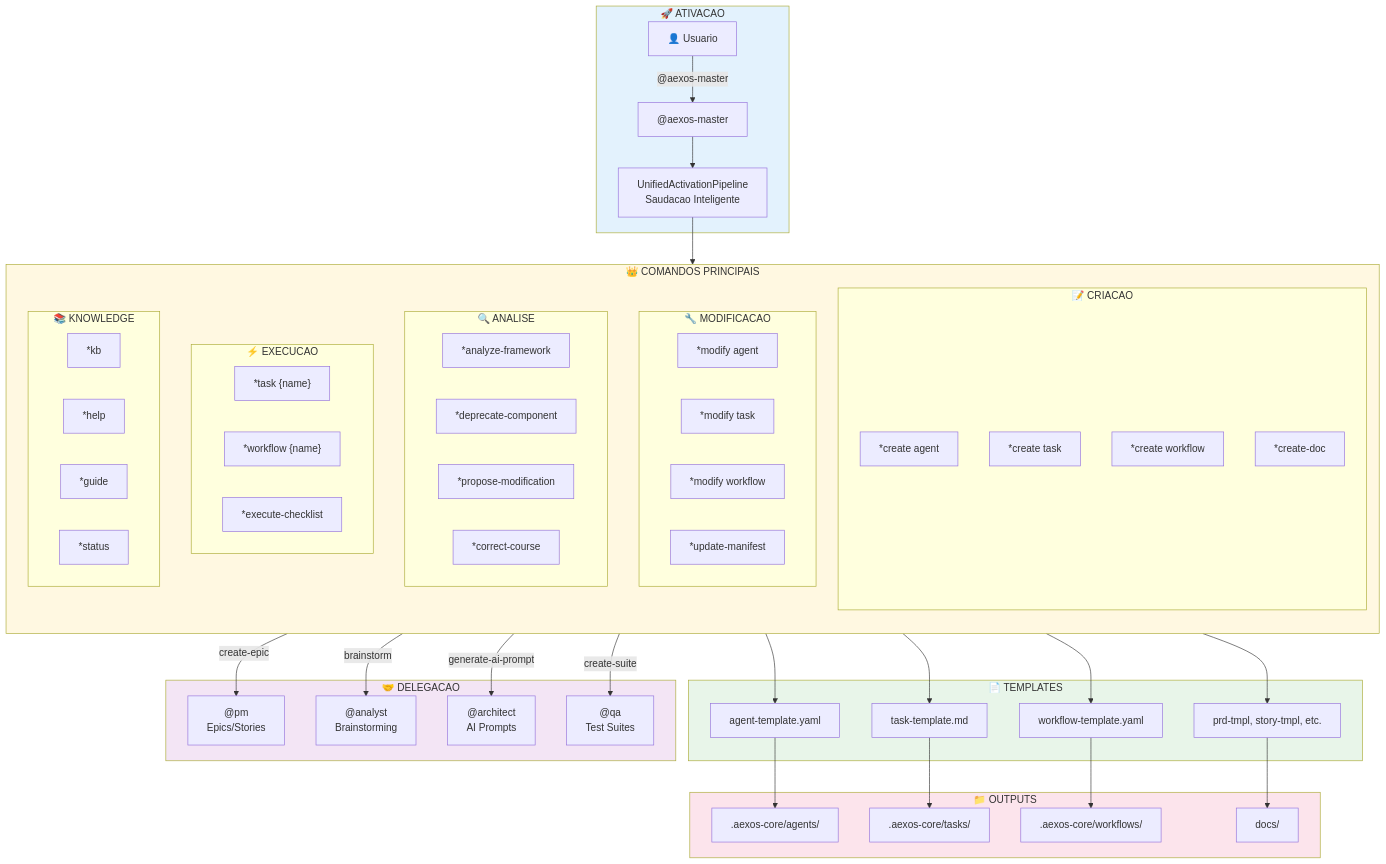
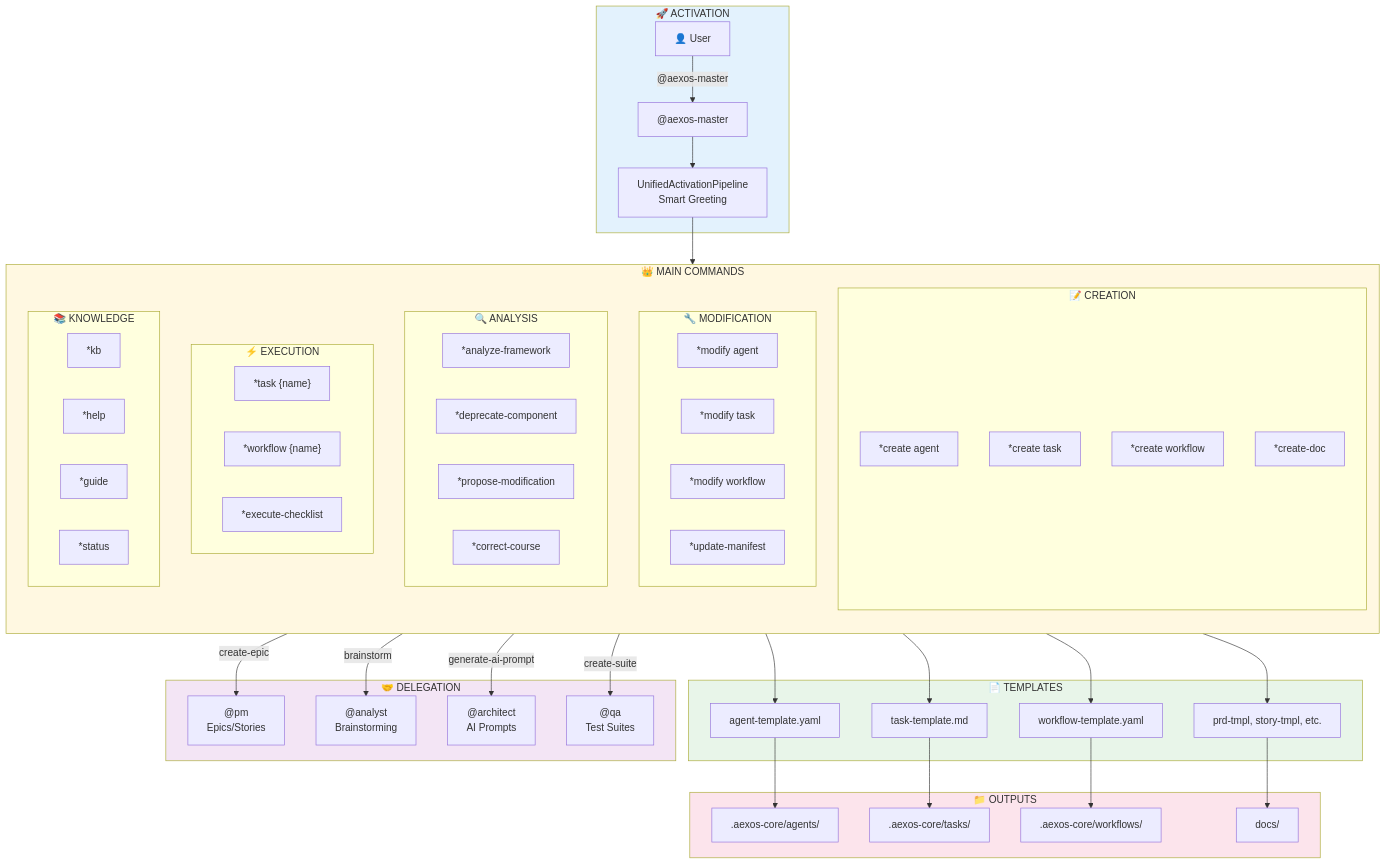
The first of 3 diagrams in docs/aexos-agent-flows/aexos-master-system.md (CyryxLabs/AEXOS), drawn with Mermaid before and after one commit. The commit also changed other lines of this file and 528 other files, not shown here.

````diff
--- a/docs/aexos-agent-flows/aexos-master-system.md
+++ b/docs/aexos-agent-flows/aexos-master-system.md
@@ -132,39 +132,39 @@
 ```mermaid
 flowchart TB
-    subgraph ACTIVATION["🚀 ATIVACAO"]
-        USER["👤 Usuario"]
+    subgraph ACTIVATION["🚀 ACTIVATION"]
+        USER["👤 User"]
         ACTIVATE["@aexos-master"]
-        GREETING["UnifiedActivationPipeline<br/>Saudacao Inteligente"]
+        GREETING["UnifiedActivationPipeline<br/>Smart Greeting"]
     end
 
     USER -->|"@aexos-master"| ACTIVATE
     ACTIVATE --> GREETING
 
-    subgraph COMMANDS["👑 COMANDOS PRINCIPAIS"]
+    subgraph COMMANDS["👑 MAIN COMMANDS"]
         direction TB
 
-        subgraph CREATE["📝 CRIACAO"]
+        subgraph CREATE["📝 CREATION"]
             CREATE_AGENT["*create agent"]
             CREATE_TASK["*create task"]
             CREATE_WORKFLOW["*create workflow"]
             CREATE_DOC["*create-doc"]
         end
 
-        subgraph MODIFY["🔧 MODIFICACAO"]
+        subgraph MODIFY["🔧 MODIFICATION"]
             MOD_AGENT["*modify agent"]
             MOD_TASK["*modify task"]
             MOD_WORKFLOW["*modify workflow"]
             UPDATE_MANIFEST["*update-manifest"]
         end
 
-        subgraph ANALYZE["🔍 ANALISE"]
+        subgraph ANALYZE["🔍 ANALYSIS"]
             ANALYZE_FW["*analyze-framework"]
             DEPRECATE["*deprecate-component"]
             PROPOSE["*propose-modification"]
             CORRECT["*correct-course"]
         end
 
-        subgraph EXECUTE["⚡ EXECUCAO"]
+        subgraph EXECUTE["⚡ EXECUTION"]
             TASK_CMD["*task {name}"]
             WORKFLOW_CMD["*workflow {name}"]
             CHECKLIST["*execute-checklist"]
@@ -204,7 +204,7 @@
     WORKFLOW_TMPL --> WORKFLOWS_DIR
     DOC_TMPLS --> DOCS_DIR
 
-    subgraph DELEGATION["🤝 DELEGACAO"]
+    subgraph DELEGATION["🤝 DELEGATION"]
         PM["@pm<br/>Epics/Stories"]
         ANALYST["@analyst<br/>Brainstorming"]
         ARCHITECT["@architect<br/>AI Prompts"]
````
